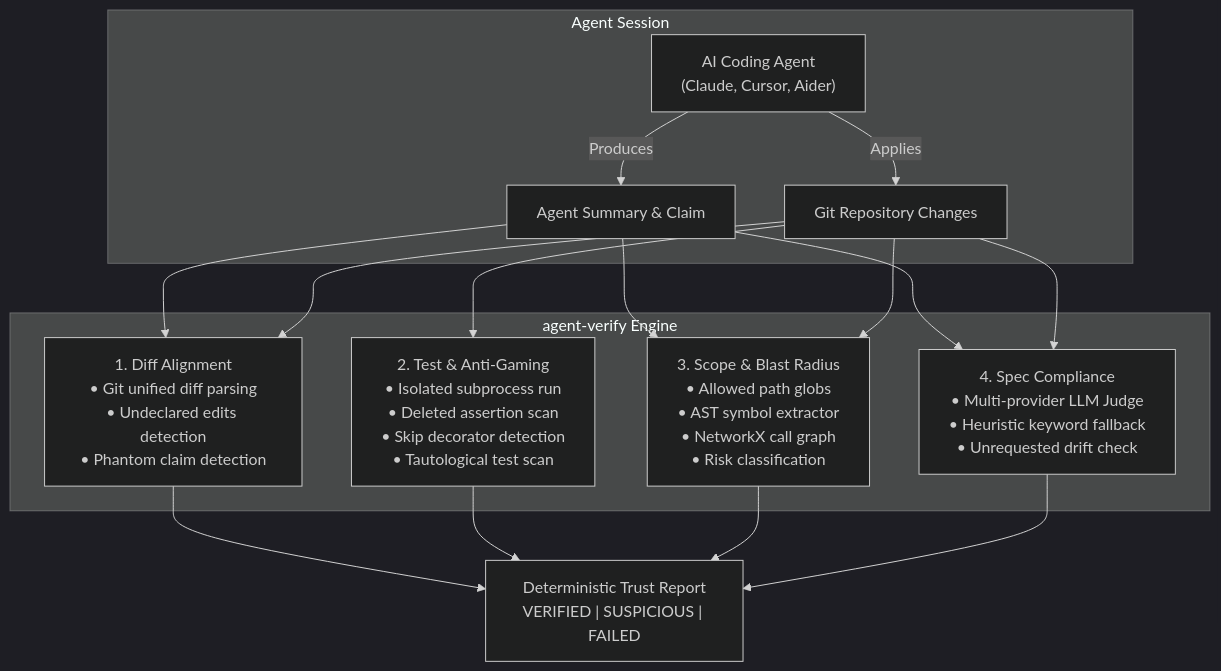
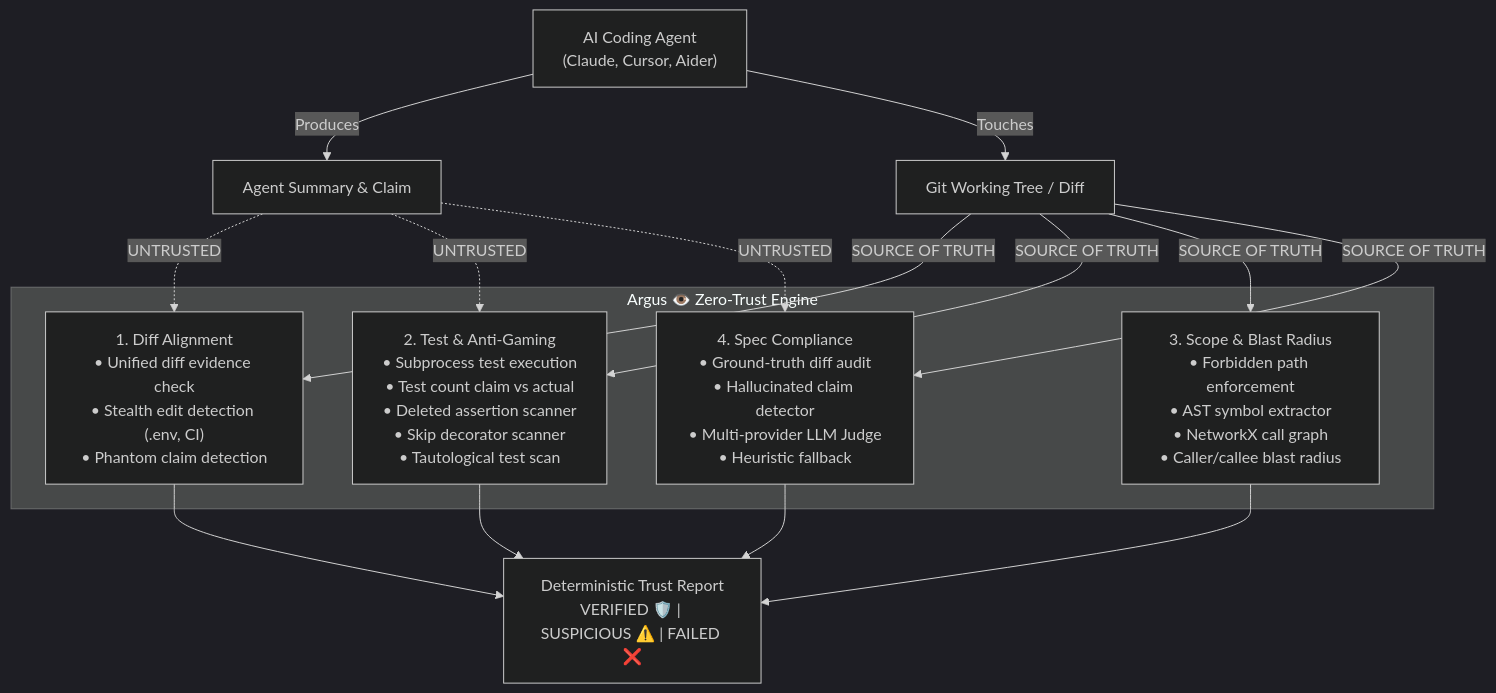
The diagram in README.md (Creater-jod/argus), drawn with Mermaid (dark theme) before and after one commit. The commit also changed other lines of this file and 13 other files, not shown here.

Commit message:
feat(brand): rename package to Argus (argus-verify) with dual CLI entry points

````diff
--- a/README.md
+++ b/README.md
@@ -117,27 +116,25 @@
 ```mermaid
 graph TD
-    subgraph "Agent Session"
-        AGENT["AI Coding Agent<br/>(Claude, Cursor, Aider)"] -->|Produces| CLAIM["Agent Summary & Claim"]
-        AGENT -->|Applies| REPO["Git Repository Changes"]
+    AGENT["AI Coding Agent<br/>(Claude, Cursor, Aider)"] -->|Produces| CLAIM["Agent Summary & Claim"]
+    AGENT -->|Touches| REPO["Git Working Tree / Diff"]
+
+    subgraph "Argus 👁️ Zero-Trust Engine"
+        DIFF["1. Diff Alignment<br/>• Unified diff evidence check<br/>• Stealth edit detection (.env, CI)<br/>• Phantom claim detection"]
+        TEST["2. Test & Anti-Gaming<br/>• Subprocess test execution<br/>• Test count claim vs actual<br/>• Deleted assertion scanner<br/>• Skip decorator scanner<br/>• Tautological test scan"]
+        SCOPE["3. Scope & Blast Radius<br/>• Forbidden path enforcement<br/>• AST symbol extractor<br/>• NetworkX call graph<br/>• Caller/callee blast radius"]
+        SPEC["4. Spec Compliance<br/>• Ground-truth diff audit<br/>• Hallucinated claim detector<br/>• Multi-provider LLM Judge<br/>• Heuristic fallback"]
     end
 
-    subgraph "agent-verify Engine"
-        DIFF["1. Diff Alignment<br/>• Git unified diff parsing<br/>• Undeclared edits detection<br/>• Phantom claim detection"]
-        TEST["2. Test & Anti-Gaming<br/>• Isolated subprocess run<br/>• Deleted assertion scan<br/>• Skip decorator detection<br/>• Tautological test scan"]
-        SCOPE["3. Scope & Blast Radius<br/>• Allowed path globs<br/>• AST symbol extractor<br/>• NetworkX call graph<br/>• Risk classification"]
-        SPEC["4. Spec Compliance<br/>• Multi-provider LLM Judge<br/>• Heuristic keyword fallback<br/>• Unrequested drift check"]
-    end
+    CLAIM -.->|UNTRUSTED| DIFF
+    REPO -->|SOURCE OF TRUTH| DIFF
+    REPO -->|SOURCE OF TRUTH| TEST
+    CLAIM -.->|UNTRUSTED| TEST
+    REPO -->|SOURCE OF TRUTH| SCOPE
+    REPO -->|SOURCE OF TRUTH| SPEC
+    CLAIM -.->|UNTRUSTED| SPEC
 
-    CLAIM --> DIFF
-    REPO --> DIFF
-    REPO --> TEST
-    CLAIM --> SCOPE
-    REPO --> SCOPE
-    CLAIM --> SPEC
-    REPO --> SPEC
-
-    DIFF --> REPORT["Deterministic Trust Report<br/>VERIFIED | SUSPICIOUS | FAILED"]
+    DIFF --> REPORT["Deterministic Trust Report<br/>VERIFIED 🛡️ | SUSPICIOUS ⚠️ | FAILED ❌"]
     TEST --> REPORT
     SCOPE --> REPORT
     SPEC --> REPORT
 ```
````
